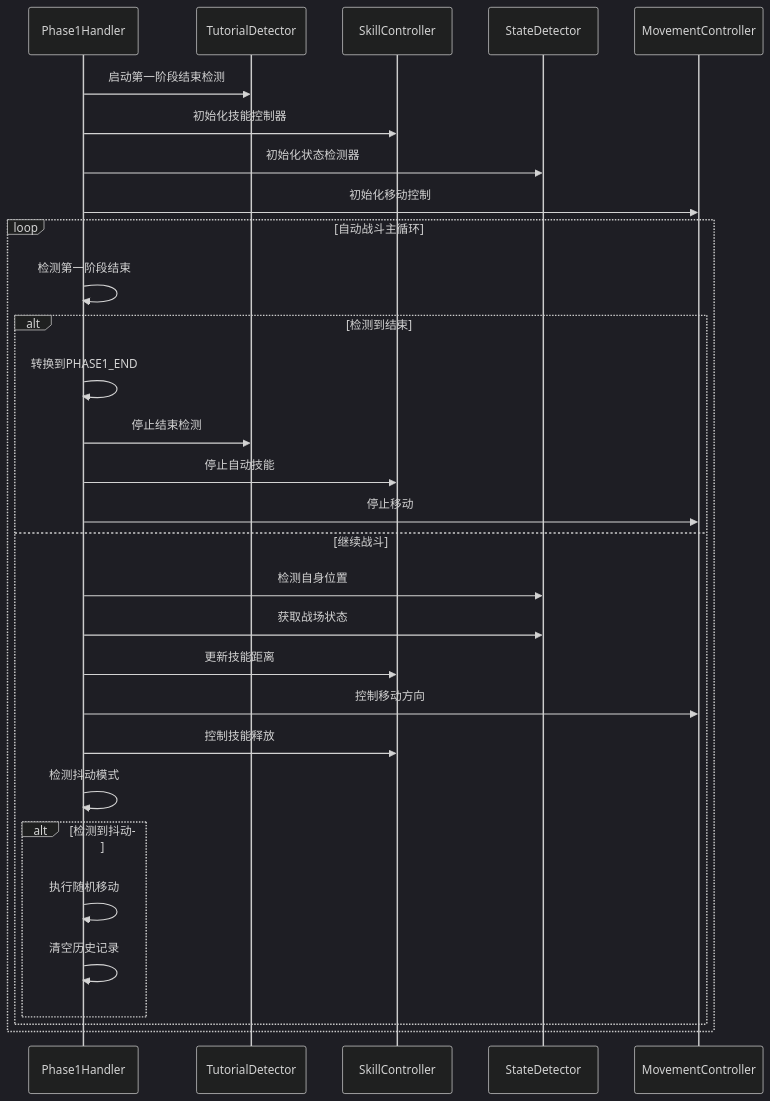
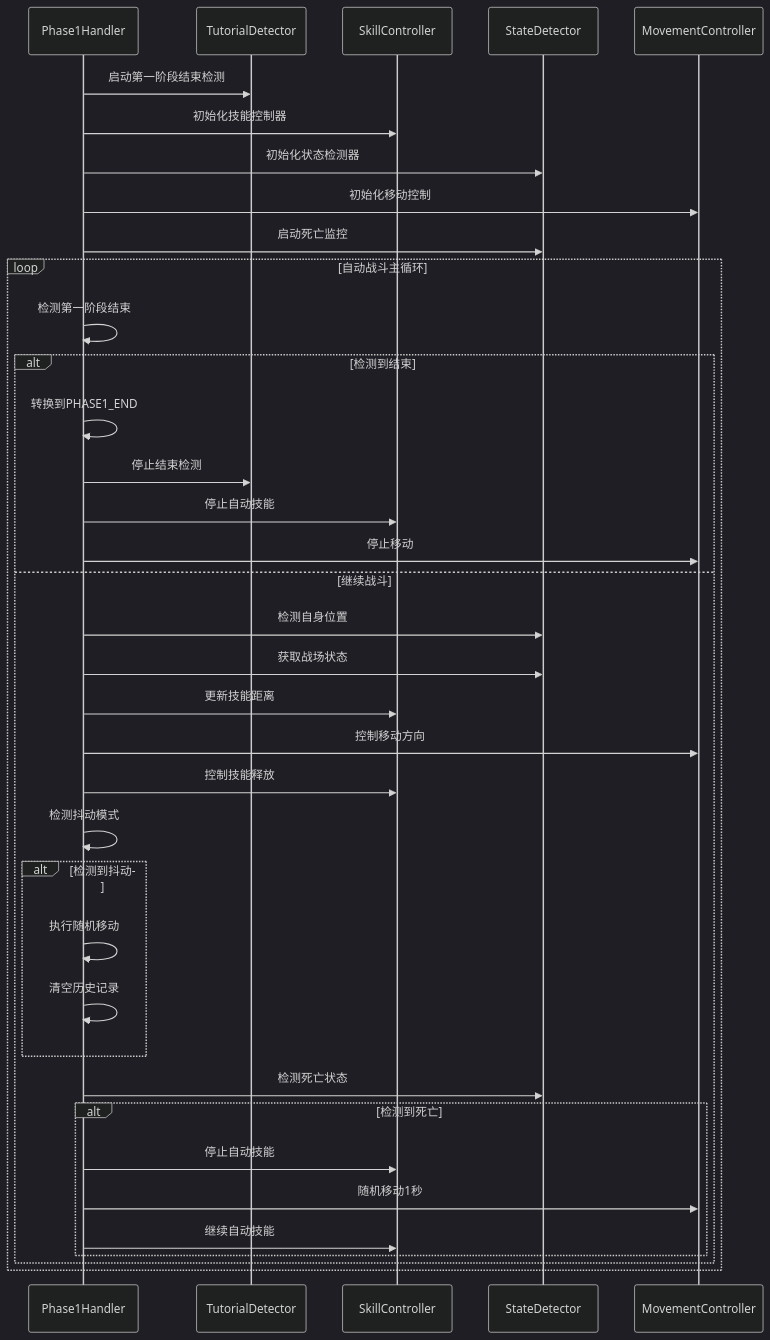
The fourth of 6 diagrams in .qoder/repowiki/zh/content/Tutorial Phase1 Handler.md (xsy098-max/ok-jump), drawn with Mermaid (dark theme) before and after one commit. The commit also changed other lines of this file and 17 other files, not shown here.

````diff
--- a/.qoder/repowiki/zh/content/Tutorial Phase1 Handler.md
+++ b/.qoder/repowiki/zh/content/Tutorial Phase1 Handler.md
@@ -280,32 +334,39 @@
 ```mermaid
 sequenceDiagram
 participant PH as Phase1Handler
 participant TD as TutorialDetector
 participant SC as SkillController
 participant SD as StateDetector
 participant MC as MovementController
 PH->>TD : 启动第一阶段结束检测
 PH->>SC : 初始化技能控制器
 PH->>SD : 初始化状态检测器
 PH->>MC : 初始化移动控制
+PH->>SD : 启动死亡监控
 loop 自动战斗主循环
 PH->>PH : 检测第一阶段结束
 alt 检测到结束
 PH->>PH : 转换到PHASE1_END
 PH->>TD : 停止结束检测
 PH->>SC : 停止自动技能
 PH->>MC : 停止移动
 else 继续战斗
 PH->>SD : 检测自身位置
 PH->>SD : 获取战场状态
 PH->>SC : 更新技能距离
 PH->>MC : 控制移动方向
 PH->>SC : 控制技能释放
 PH->>PH : 检测抖动模式
 alt 检测到抖动
 PH->>PH : 执行随机移动
 PH->>PH : 清空历史记录
 end
+PH->>SD : 检测死亡状态
+alt 检测到死亡
+PH->>SC : 停止自动技能
+PH->>MC : 随机移动1秒
+PH->>SC : 继续自动技能
+end
 end
 end
 ```
````
